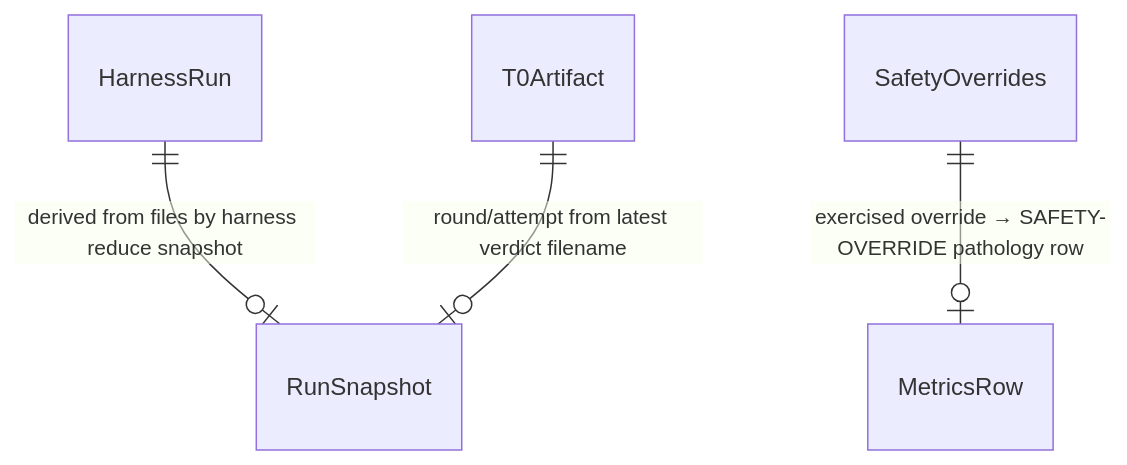
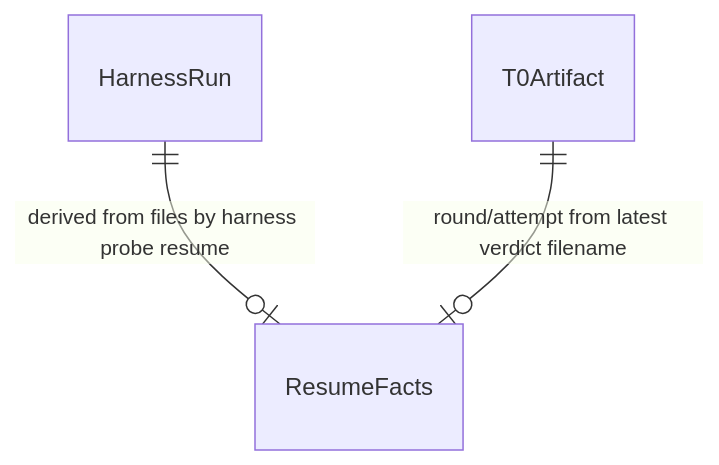
The fourth of 5 diagrams in docs/design/07-domain-erd.md (nguyenvanphituoc/shapeup-sdlc-plugin), drawn with Mermaid before and after one commit. The commit also changed other lines of this file and 100 other files, not shown here.

First line of the commit message:
refactor(skills): retire the control plane — delete tech-lead and its run script, merge snapshot into resume, drop the dead schema defs

````diff
--- a/docs/design/07-domain-erd.md
+++ b/docs/design/07-domain-erd.md
@@ -252,6 +251,5 @@
 ```mermaid
 erDiagram
-    HarnessRun ||--o| RunSnapshot : "derived from files by harness reduce snapshot"
-    T0Artifact ||--o| RunSnapshot : "round/attempt from latest verdict filename"
-    SafetyOverrides ||--o| MetricsRow : "exercised override → SAFETY-OVERRIDE pathology row"
+    HarnessRun ||--o| ResumeFacts : "derived from files by harness probe resume"
+    T0Artifact ||--o| ResumeFacts : "round/attempt from latest verdict filename"
 ```
````
